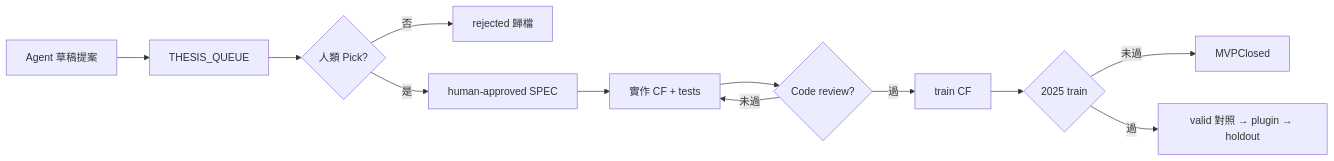
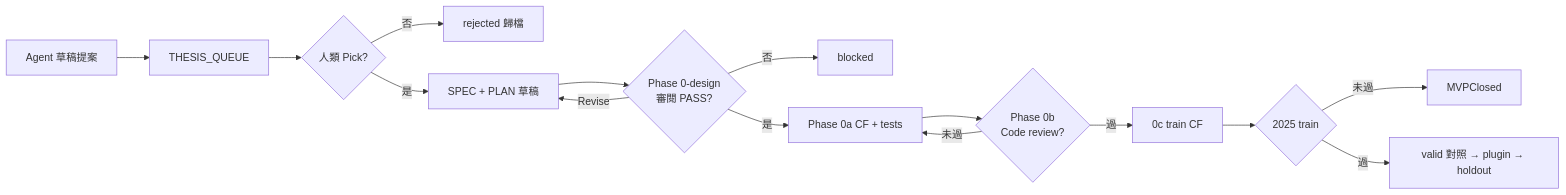
Before and after one commit to timhwchuang/tfx-trading: the diagram in docs/features/ai-backtest-tuning/ALPHA_RESEARCH_PLAYBOOK.md, drawn with Mermaid. The commit also changed other lines of this file and 28 other files, not shown here.

First line of the commit message:
docs(alpha): Playbook v1.5, FT-016/017 close, FT-018/019 draft SPEC+PLAN

````diff
--- a/docs/features/ai-backtest-tuning/ALPHA_RESEARCH_PLAYBOOK.md
+++ b/docs/features/ai-backtest-tuning/ALPHA_RESEARCH_PLAYBOOK.md
@@ -39,14 +40,17 @@
 ```mermaid
 flowchart LR
   A[Agent 草稿提案] --> B[THESIS_QUEUE]
   B --> C{人類 Pick?}
   C -->|否| D[rejected 歸檔]
-  C -->|是| E[human-approved SPEC]
-  E --> F[實作 CF + tests]
-  F --> R{Code review?}
+  C -->|是| E[SPEC + PLAN 草稿]
+  E --> DR{Phase 0-design<br/>審閱 PASS?}
+  DR -->|Revise| E
+  DR -->|否| D2[blocked]
+  DR -->|是| F[Phase 0a CF + tests]
+  F --> R{Phase 0b<br/>Code review?}
   R -->|未過| F
-  R -->|過| T[train CF]
+  R -->|過| T[0c train CF]
   T --> G{2025 train}
   G -->|未過| H[MVPClosed]
   G -->|過| I[valid 對照 → plugin → holdout]
 ```
````
